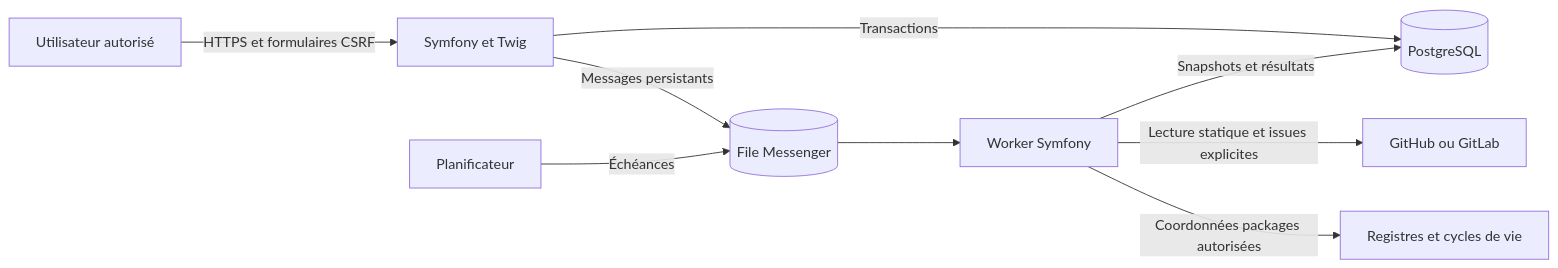
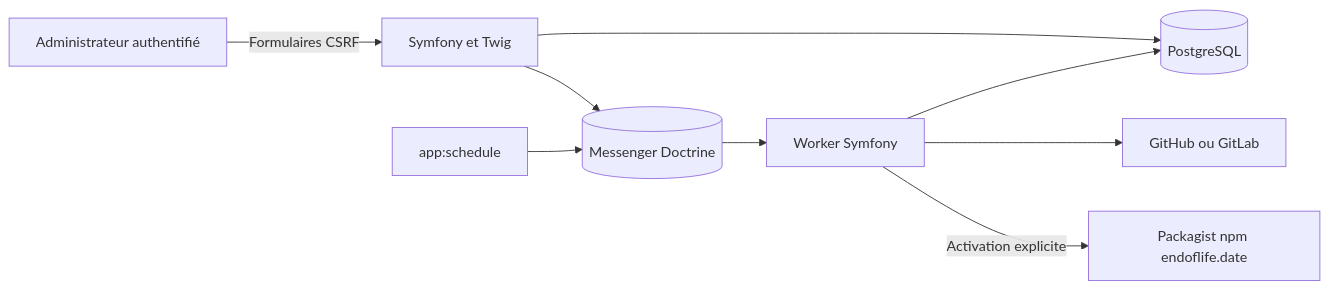
Before and after one commit to ExodiaLabs/ExoPulse: the first of 2 diagrams in docs/architecture.md, drawn with Mermaid. The commit also changed other lines of this file and 13 other files, not shown here.

Commit message:
:memo: document the functional application and delivery sequence

````diff
--- a/docs/architecture.md
+++ b/docs/architecture.md
@@ -11,11 +5,11 @@
 ```mermaid
 flowchart LR
-    User[Utilisateur autorisé] -->|HTTPS et formulaires CSRF| Web[Symfony et Twig]
-    Web -->|Transactions| DB[(PostgreSQL)]
-    Web -->|Messages persistants| Queue[(File Messenger)]
-    Scheduler[Planificateur] -->|Échéances| Queue
+    User[Administrateur authentifié] -->|Formulaires CSRF| Web[Symfony et Twig]
+    Web --> DB[(PostgreSQL)]
+    Web --> Queue[(Messenger Doctrine)]
+    Scheduler[app:schedule] --> Queue
     Queue --> Worker[Worker Symfony]
-    Worker -->|Snapshots et résultats| DB
-    Worker -->|Lecture statique et issues explicites| Git[GitHub ou GitLab]
-    Worker -->|Coordonnées packages autorisées| Catalog[Registres et cycles de vie]
+    Worker --> DB
+    Worker --> Git[GitHub ou GitLab]
+    Worker -->|Activation explicite| Catalog[Packagist npm endoflife.date]
 ```
````
